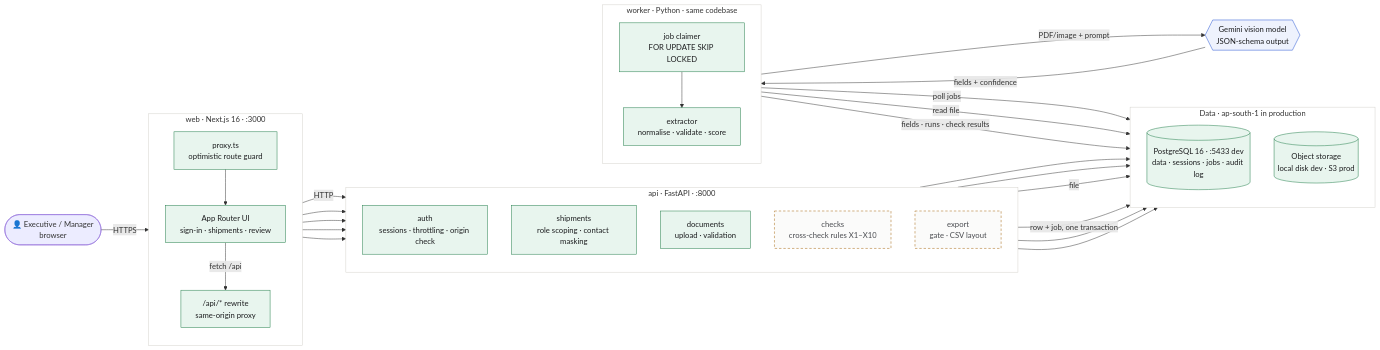
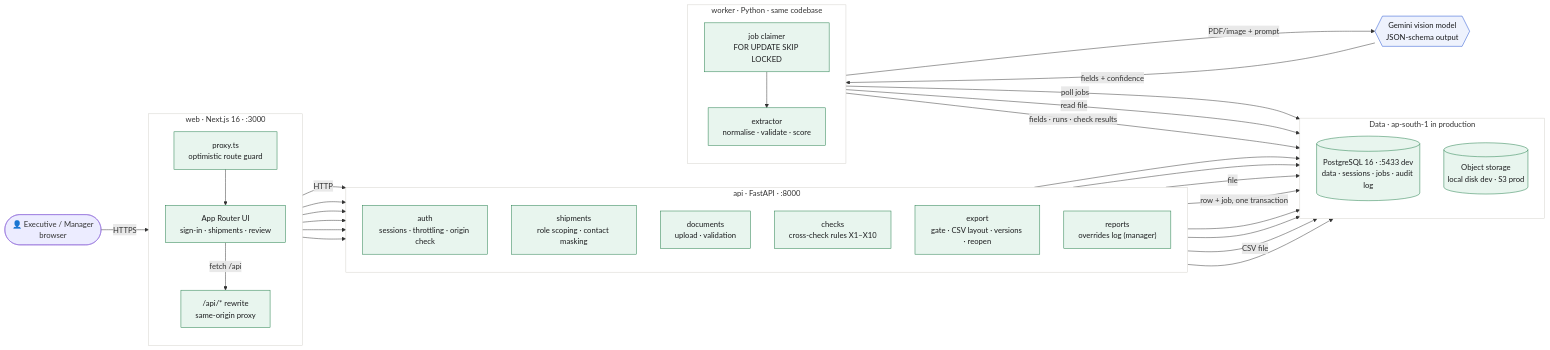
The first of 5 diagrams in README.md (priyanshu14077/veridoc), drawn with Mermaid before and after one commit. The commit also changed other lines of this file and 1 other file, not shown here.

Commit message:
docs: export gate, CSV layout, reopen and overrides log; assumptions A25–A28

````diff
--- a/README.md
+++ b/README.md
@@ -38,66 +39,69 @@
 ```mermaid
 flowchart LR
     user(["👤 Executive / Manager<br/>browser"])
 
     subgraph WEB["web · Next.js 16 · :3000"]
         direction TB
         proxy["proxy.ts<br/>optimistic route guard"]
         ui["App Router UI<br/>sign-in · shipments · review"]
         rewrite["/api/* rewrite<br/>same-origin proxy"]
     end
 
     subgraph API["api · FastAPI · :8000"]
         direction TB
         auth["auth<br/>sessions · throttling · origin check"]
         ships["shipments<br/>role scoping · contact masking"]
         docs["documents<br/>upload · validation"]
         checks["checks<br/>cross-check rules X1–X10"]
-        export["export<br/>gate · CSV layout"]
+        export["export<br/>gate · CSV layout · versions · reopen"]
+        reports["reports<br/>overrides log (manager)"]
     end
 
     subgraph WORKER["worker · Python · same codebase"]
         direction TB
         claim["job claimer<br/>FOR UPDATE SKIP LOCKED"]
         extract["extractor<br/>normalise · validate · score"]
     end
 
     subgraph DATA["Data · ap-south-1 in production"]
         direction TB
         pg[("PostgreSQL 16 · :5433 dev<br/>data · sessions · jobs · audit log")]
         store[("Object storage<br/>local disk dev · S3 prod")]
     end
 
     gemini{{"Gemini vision model<br/>JSON-schema output"}}
 
     user -->|HTTPS| proxy --> ui
     ui -->|fetch /api| rewrite -->|HTTP| auth
     rewrite --> ships
     rewrite --> docs
     rewrite --> checks
     rewrite --> export
+    rewrite --> reports
 
     auth --> pg
     ships --> pg
     docs -->|file| store
     docs -->|row + job, one transaction| pg
     checks --> pg
     export --> pg
+    export -->|CSV file| store
+    reports --> pg
 
     claim -->|poll jobs| pg
     claim --> extract
     extract -->|read file| store
     extract -->|PDF/image + prompt| gemini
     gemini -->|fields + confidence| extract
     extract -->|fields · runs · check results| pg
 
     classDef built fill:#e8f5ee,stroke:#1d7a46,color:#1c1d1f
     classDef planned fill:#fbfbfa,stroke:#a35f00,stroke-dasharray:5 4,color:#4a4c50
     classDef ext fill:#eef2fd,stroke:#1f4fd1,color:#1c1d1f
-    class proxy,ui,rewrite,auth,ships,docs,claim,extract,pg,store built
-    class checks,export planned
+    class proxy,ui,rewrite,auth,ships,docs,checks,export,reports,claim,extract,pg,store built
     class gemini ext
     style WEB fill:#ffffff,stroke:#d3d1cb
     style API fill:#ffffff,stroke:#d3d1cb
     style WORKER fill:#ffffff,stroke:#d3d1cb
     style DATA fill:#ffffff,stroke:#d3d1cb
 ```
````
